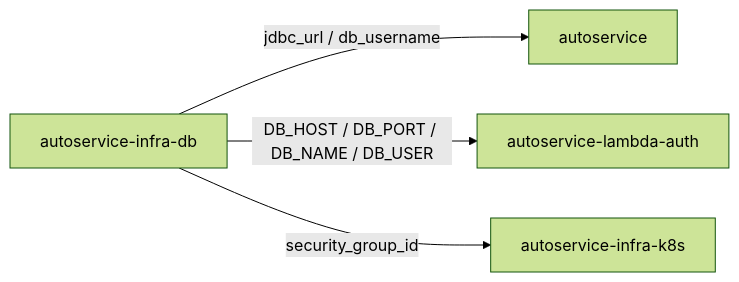
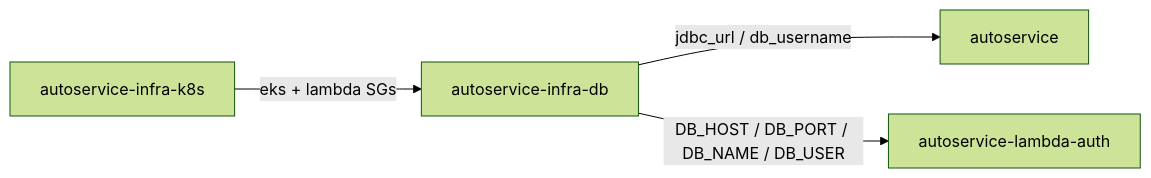
Before and after one commit to Zainequeiros/autoservice-infra-db: the second of 2 diagrams in README.md, drawn with Mermaid (forest theme). The commit also changed other lines of this file and 1 other file, not shown here.

````diff
--- a/README.md
+++ b/README.md
@@ -54,7 +87,7 @@
 ```mermaid
 flowchart LR
-    db[autoservice-infra-db]
-    db -->|jdbc_url / db_username| app[autoservice]
-    db -->|DB_HOST / DB_PORT / DB_NAME / DB_USER| lambda[autoservice-lambda-auth]
-    db -->|security_group_id| eks[autoservice-infra-k8s]
+  db[autoservice-infra-db]
+  db -->|jdbc_url / db_username| app[autoservice]
+  db -->|DB_HOST / DB_PORT / DB_NAME / DB_USER| lambda[autoservice-lambda-auth]
+  k8s[autoservice-infra-k8s] -->|eks + lambda SGs| db
 ```
````
